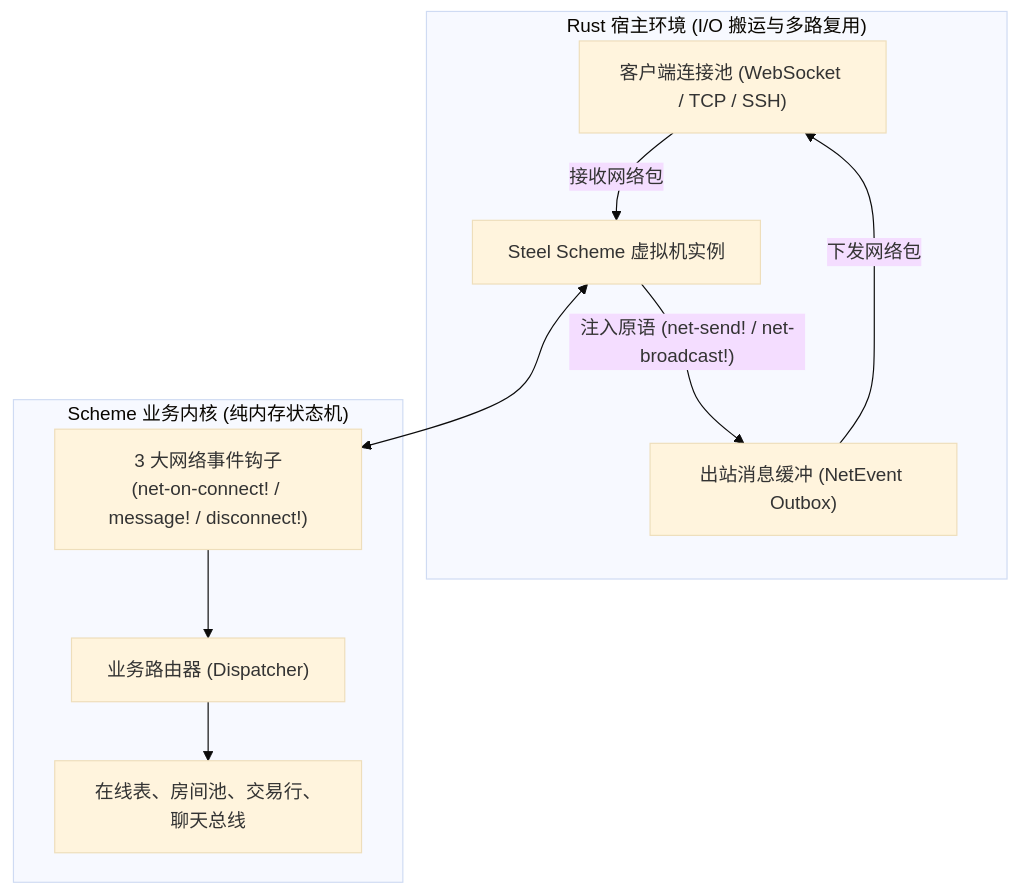
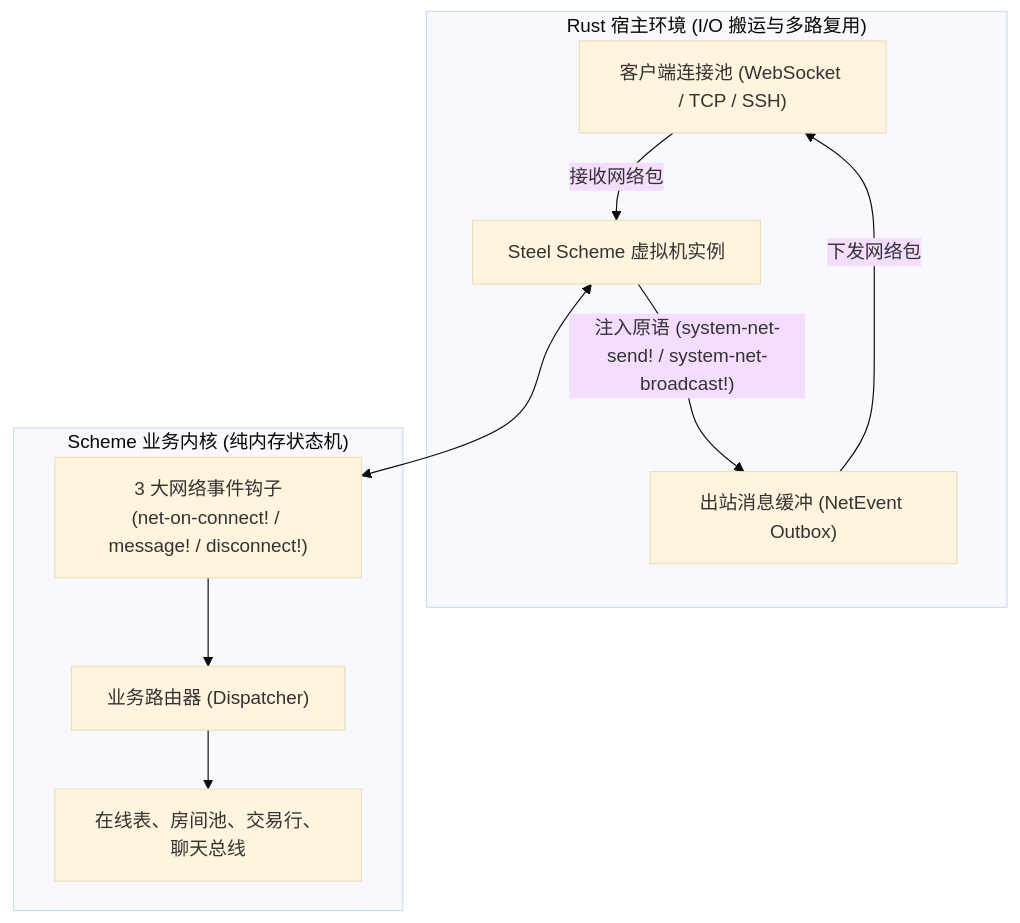
The first of 2 diagrams in docs/NETWORK_MODULE.md (ouut/cardcraft), drawn with Mermaid (base theme) before and after one commit. The commit also changed other lines of this file and 5 other files, not shown here.

````diff
--- a/docs/NETWORK_MODULE.md
+++ b/docs/NETWORK_MODULE.md
@@ -11,23 +11,23 @@
 ```mermaid
 flowchart TD
     subgraph RustHost["Rust 宿主环境 (I/O 搬运与多路复用)"]
         SocketPool["客户端连接池 (WebSocket / TCP / SSH)"]
         OutboxQueue["出站消息缓冲 (NetEvent Outbox)"]
         EngineVM["Steel Scheme 虚拟机实例"]
         
         SocketPool -->|"接收网络包"| EngineVM
-        EngineVM -->|"注入原语 (net-send! / net-broadcast!)"| OutboxQueue
+        EngineVM -->|"注入原语 (system-net-send! / system-net-broadcast!)"| OutboxQueue
         OutboxQueue -->|"下发网络包"| SocketPool
     end
 
     subgraph SchemeCore["Scheme 业务内核 (纯内存状态机)"]
         Hooks["3 大网络事件钩子\n(net-on-connect! / message! / disconnect!)"]
         Dispatch["业务路由器 (Dispatcher)"]
         State["在线表、房间池、交易行、聊天总线"]
         
         Hooks --> Dispatch
         Dispatch --> State
     end
 
     EngineVM <--> Hooks
 ```
````
